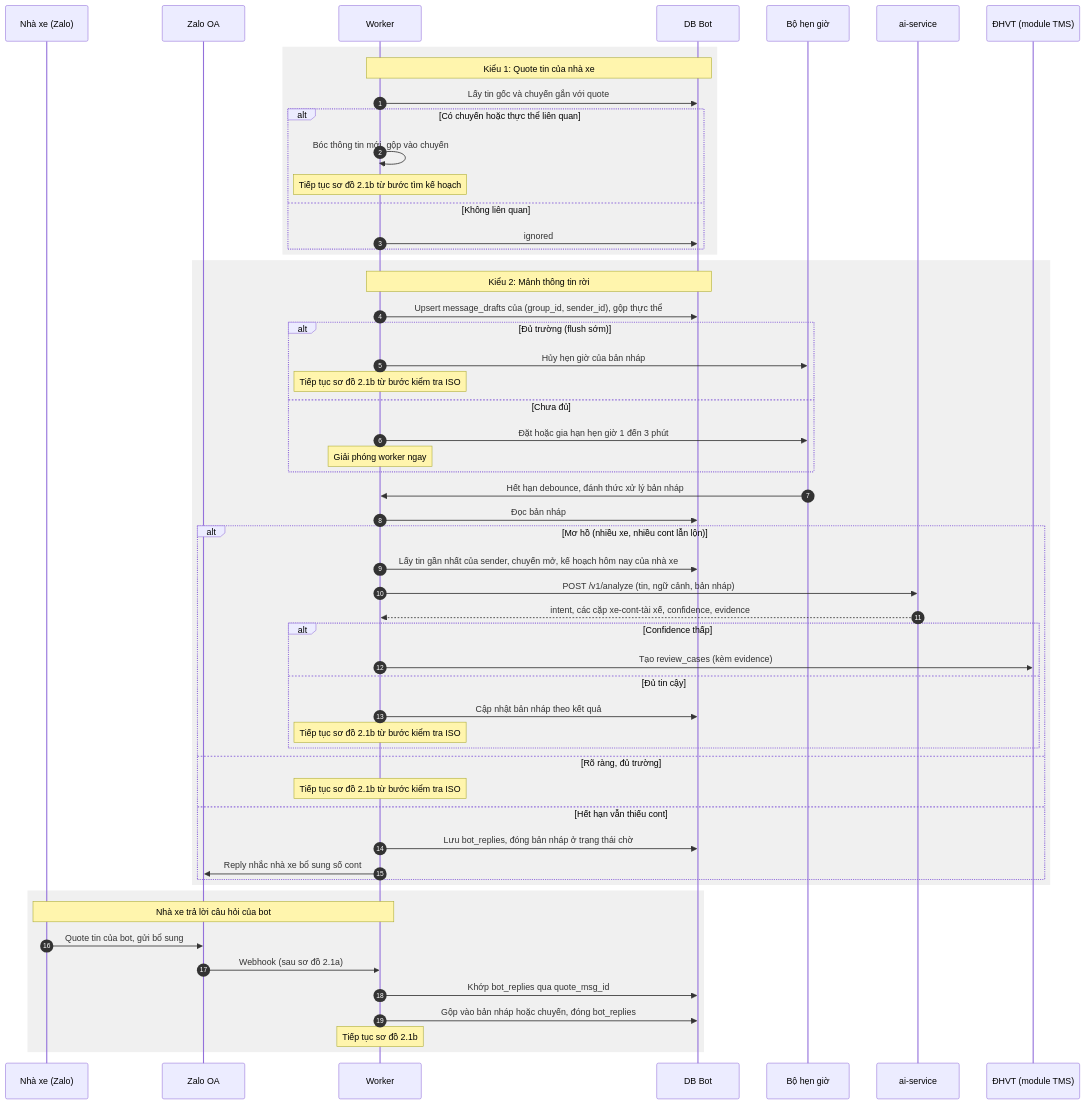
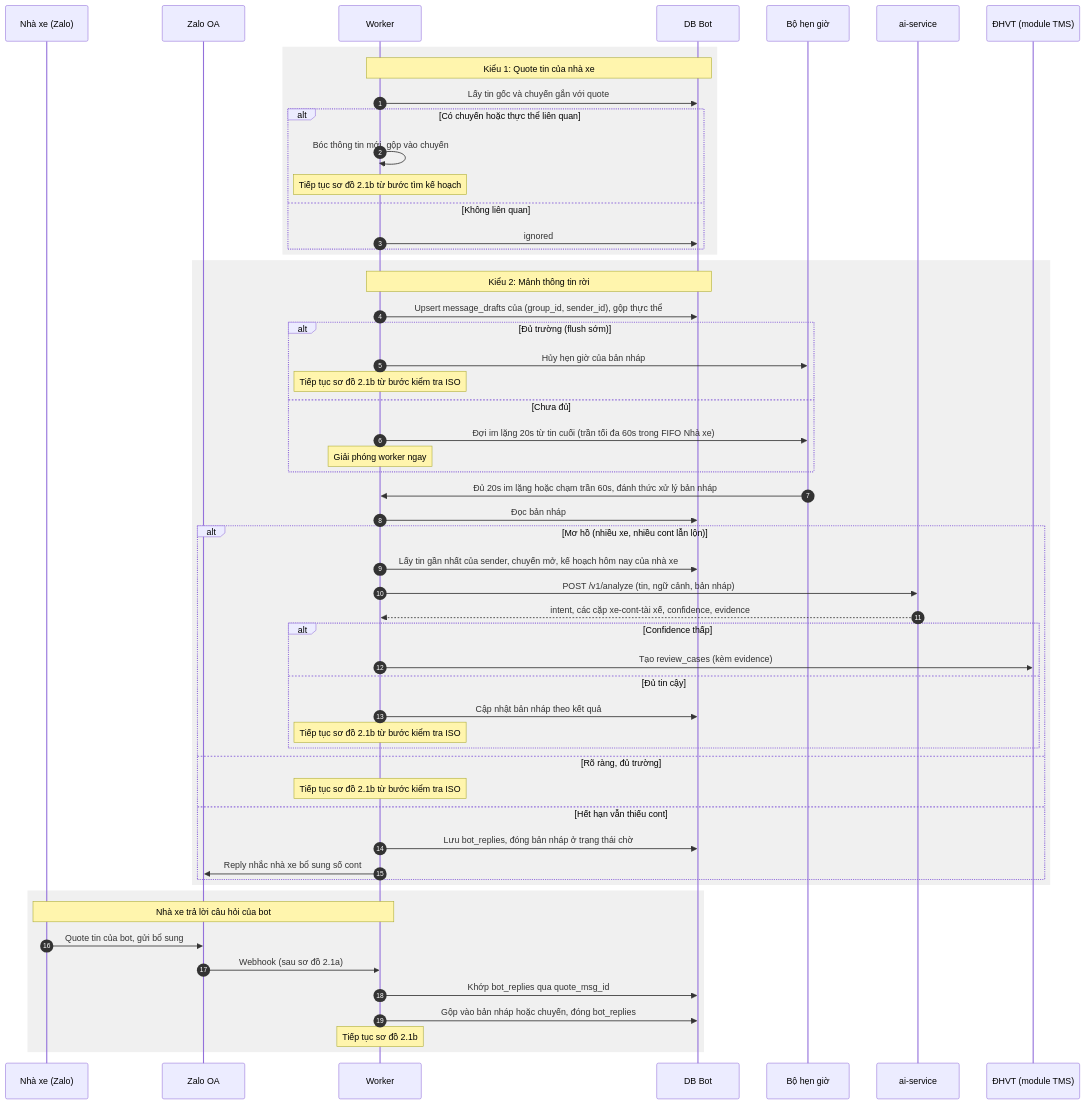
Before and after one commit to vutiendat2302/vsico_zalo_bot: the tenth of 19 diagrams in backend/zalo.md, drawn with Mermaid. The commit also changed other lines of this file and 104 other files, not shown here.

````diff
--- a/backend/zalo.md
+++ b/backend/zalo.md
@@ -513,62 +513,62 @@
 ```mermaid
 sequenceDiagram
     autonumber
     participant NX as Nhà xe (Zalo)
     participant OA as Zalo OA
     participant W as Worker
     participant DB as DB Bot
     participant T as Bộ hẹn giờ
     participant AI as ai-service
     participant DH as ĐHVT (module TMS)
 
     rect rgb(240, 240, 240)
     Note over W,DB: Kiểu 1: Quote tin của nhà xe
     W->>DB: Lấy tin gốc và chuyến gắn với quote
     alt Có chuyến hoặc thực thể liên quan
         W->>W: Bóc thông tin mới, gộp vào chuyến
         Note over W: Tiếp tục sơ đồ 2.1b từ bước tìm kế hoạch
     else Không liên quan
         W->>DB: ignored
     end
     end
 
     rect rgb(240, 240, 240)
     Note over W,DB: Kiểu 2: Mảnh thông tin rời
     W->>DB: Upsert message_drafts của (group_id, sender_id), gộp thực thể
     alt Đủ trường (flush sớm)
         W->>T: Hủy hẹn giờ của bản nháp
         Note over W: Tiếp tục sơ đồ 2.1b từ bước kiểm tra ISO
     else Chưa đủ
-        W->>T: Đặt hoặc gia hạn hẹn giờ 1 đến 3 phút
+        W->>T: Đợi im lặng 20s từ tin cuối (trần tối đa 60s trong FIFO Nhà xe)
         Note over W: Giải phóng worker ngay
     end
 
-    T->>W: Hết hạn debounce, đánh thức xử lý bản nháp
+    T->>W: Đủ 20s im lặng hoặc chạm trần 60s, đánh thức xử lý bản nháp
     W->>DB: Đọc bản nháp
     alt Mơ hồ (nhiều xe, nhiều cont lẫn lộn)
         W->>DB: Lấy tin gần nhất của sender, chuyến mở, kế hoạch hôm nay của nhà xe
         W->>AI: POST /v1/analyze (tin, ngữ cảnh, bản nháp)
         AI-->>W: intent, các cặp xe-cont-tài xế, confidence, evidence
         alt Confidence thấp
             W->>DH: Tạo review_cases (kèm evidence)
         else Đủ tin cậy
             W->>DB: Cập nhật bản nháp theo kết quả
             Note over W: Tiếp tục sơ đồ 2.1b từ bước kiểm tra ISO
         end
     else Rõ ràng, đủ trường
         Note over W: Tiếp tục sơ đồ 2.1b từ bước kiểm tra ISO
     else Hết hạn vẫn thiếu cont
         W->>DB: Lưu bot_replies, đóng bản nháp ở trạng thái chờ
         W->>OA: Reply nhắc nhà xe bổ sung số cont
     end
     end
 
     rect rgb(240, 240, 240)
     Note over NX,W: Nhà xe trả lời câu hỏi của bot
     NX->>OA: Quote tin của bot, gửi bổ sung
     OA->>W: Webhook (sau sơ đồ 2.1a)
     W->>DB: Khớp bot_replies qua quote_msg_id
     W->>DB: Gộp vào bản nháp hoặc chuyến, đóng bot_replies
     Note over W: Tiếp tục sơ đồ 2.1b
     end
 ```
````
